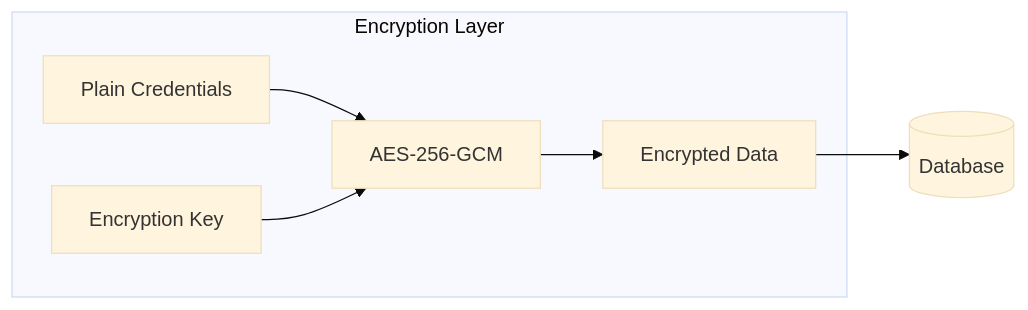
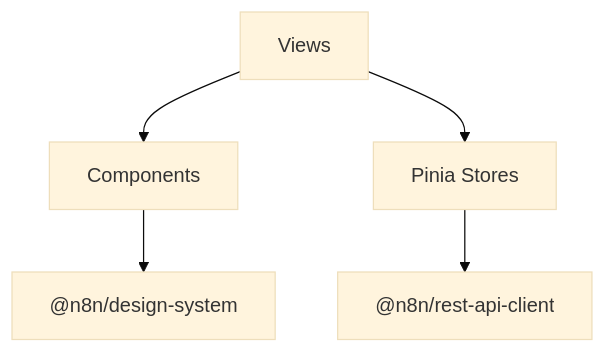
Before and after one commit to haroldlucero/n8n: the third of 3 diagrams in docs/architecture/package-architecture.md, drawn with Mermaid (base theme). The commit also changed other lines of this file, not shown here.

Commit message:
docs: update package-architecture doc

````diff
--- a/docs/architecture/package-architecture.md
+++ b/docs/architecture/package-architecture.md
@@ -497,14 +112,7 @@
 ```mermaid
-graph LR
-    subgraph "Encryption Layer"
-        PLAIN[Plain Credentials]
-        KEY[Encryption Key]
-        AES[AES-256-GCM]
-        CIPHER[Encrypted Data]
-    end
-    
-    PLAIN --> AES
-    KEY --> AES
-    AES --> CIPHER
-    CIPHER --> DB[(Database)]
+graph TD
+    VIEWS[Views] --> COMPONENTS[Components]
+    COMPONENTS --> DS["@n8n/design-system"]
+    VIEWS --> STORES[Pinia Stores]
+    STORES --> API["@n8n/rest-api-client"]
 ```
````
